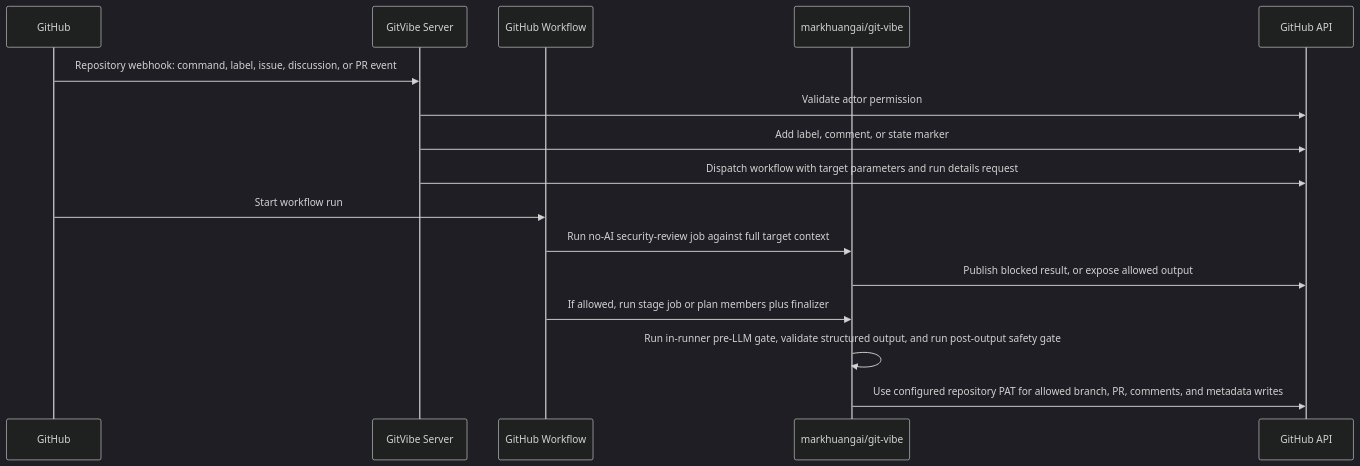
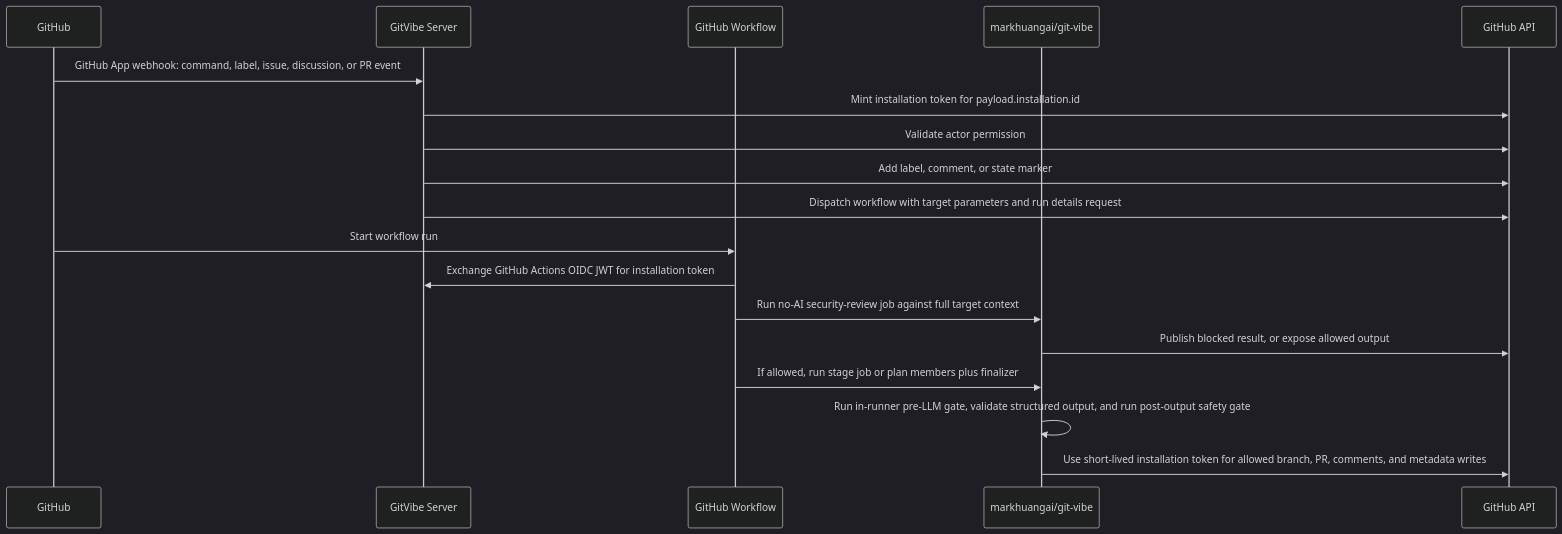
The second of 3 diagrams in docs/ARCHITECTURE.md (markhuangai/git-vibe), drawn with Mermaid (dark theme) before and after one commit. The commit also changed other lines of this file and 68 other files, not shown here.

Commit message:
Add hosted GitHub App authentication

````diff
--- a/docs/ARCHITECTURE.md
+++ b/docs/ARCHITECTURE.md
@@ -62,19 +62,21 @@
 ```mermaid
 sequenceDiagram
   participant GH as GitHub
   participant App as GitVibe Server
   participant WF as GitHub Workflow
   participant Act as markhuangai/git-vibe
   participant API as GitHub API
 
-  GH->>App: Repository webhook: command, label, issue, discussion, or PR event
+  GH->>App: GitHub App webhook: command, label, issue, discussion, or PR event
+  App->>API: Mint installation token for payload.installation.id
   App->>API: Validate actor permission
   App->>API: Add label, comment, or state marker
   App->>API: Dispatch workflow with target parameters and run details request
   GH->>WF: Start workflow run
+  WF->>App: Exchange GitHub Actions OIDC JWT for installation token
   WF->>Act: Run no-AI security-review job against full target context
   Act->>API: Publish blocked result, or expose allowed output
   WF->>Act: If allowed, run stage job or plan members plus finalizer
   Act->>Act: Run in-runner pre-LLM gate, validate structured output, and run post-output safety gate
-  Act->>API: Use configured repository PAT for allowed branch, PR, comments, and metadata writes
+  Act->>API: Use short-lived installation token for allowed branch, PR, comments, and metadata writes
 ```
````
